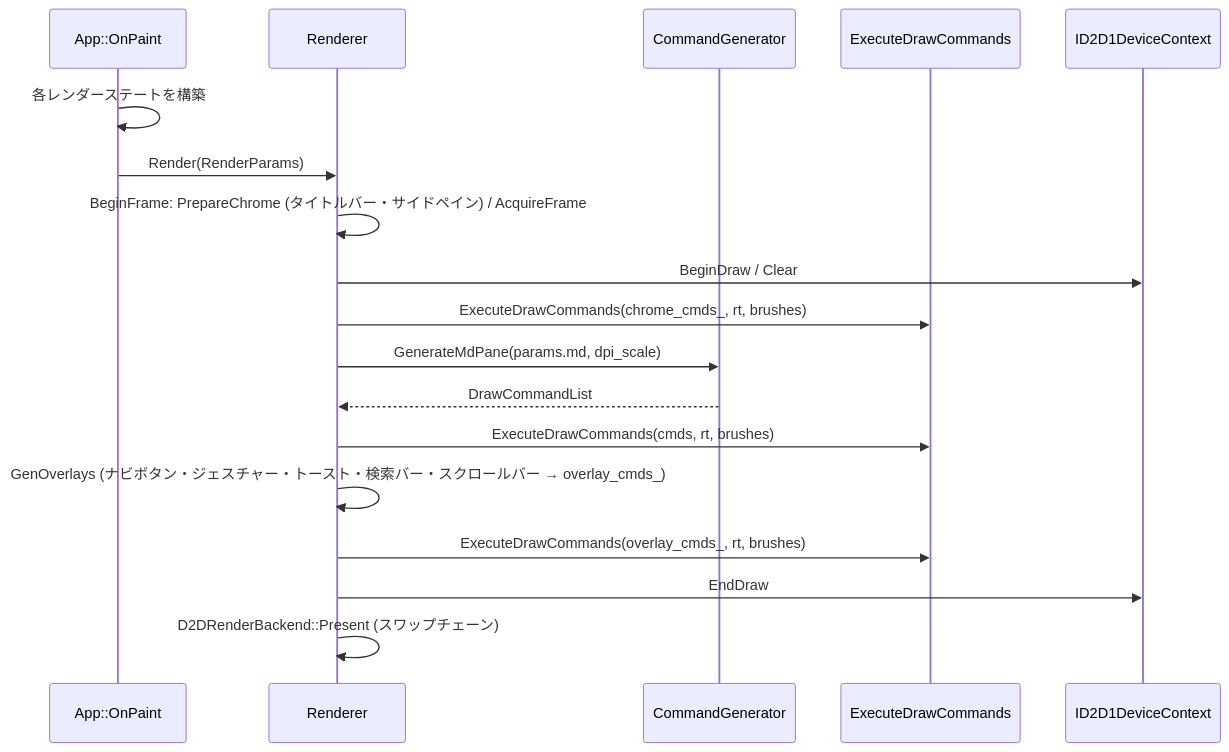
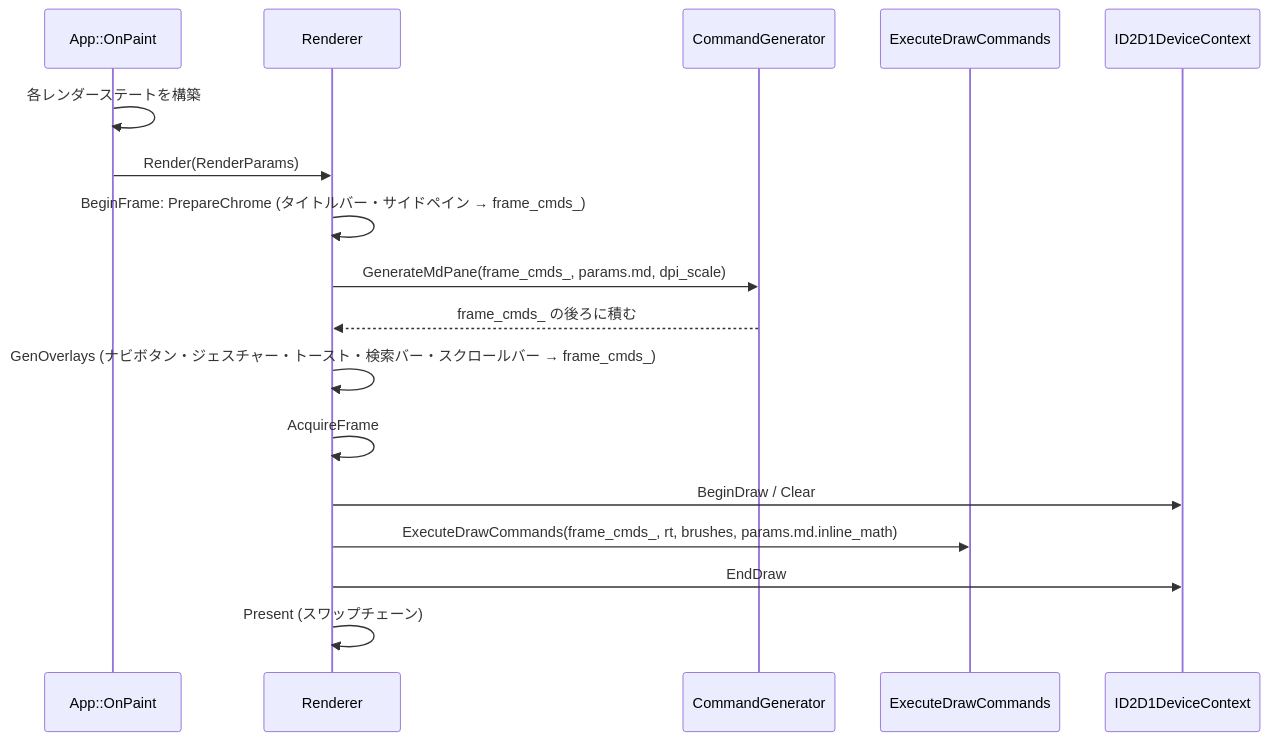
The fifth of 27 diagrams in example/test.md (tanaton/mendo), drawn with Mermaid before and after one commit. The commit also changed other lines of this file and 119 other files, not shown here.

````diff
--- a/example/test.md
+++ b/example/test.md
@@ -763,21 +773,20 @@
 ```mermaid
 sequenceDiagram
     participant APP as App::OnPaint
     participant R as Renderer
     participant CG as CommandGenerator
     participant CE as ExecuteDrawCommands
     participant RT as ID2D1DeviceContext
 
     APP->>APP: 各レンダーステートを構築
     APP->>R: Render(RenderParams)
-    R->>R: BeginFrame: PrepareChrome (タイトルバー・サイドペイン) / AcquireFrame
+    R->>R: BeginFrame: PrepareChrome (タイトルバー・サイドペイン → frame_cmds_)
+    R->>CG: GenerateMdPane(frame_cmds_, params.md, dpi_scale)
+    CG-->>R: frame_cmds_ の後ろに積む
+    R->>R: GenOverlays (ナビボタン・ジェスチャー・トースト・検索バー・スクロールバー → frame_cmds_)
+    R->>R: AcquireFrame
     R->>RT: BeginDraw / Clear
-    R->>CE: ExecuteDrawCommands(chrome_cmds_, rt, brushes)
-    R->>CG: GenerateMdPane(params.md, dpi_scale)
-    CG-->>R: DrawCommandList
-    R->>CE: ExecuteDrawCommands(cmds, rt, brushes)
-    R->>R: GenOverlays (ナビボタン・ジェスチャー・トースト・検索バー・スクロールバー → overlay_cmds_)
-    R->>CE: ExecuteDrawCommands(overlay_cmds_, rt, brushes)
+    R->>CE: ExecuteDrawCommands(frame_cmds_, rt, brushes, params.md.inline_math)
     R->>RT: EndDraw
-    R->>R: D2DRenderBackend::Present (スワップチェーン)
+    R->>R: Present (スワップチェーン)
 ```
````
